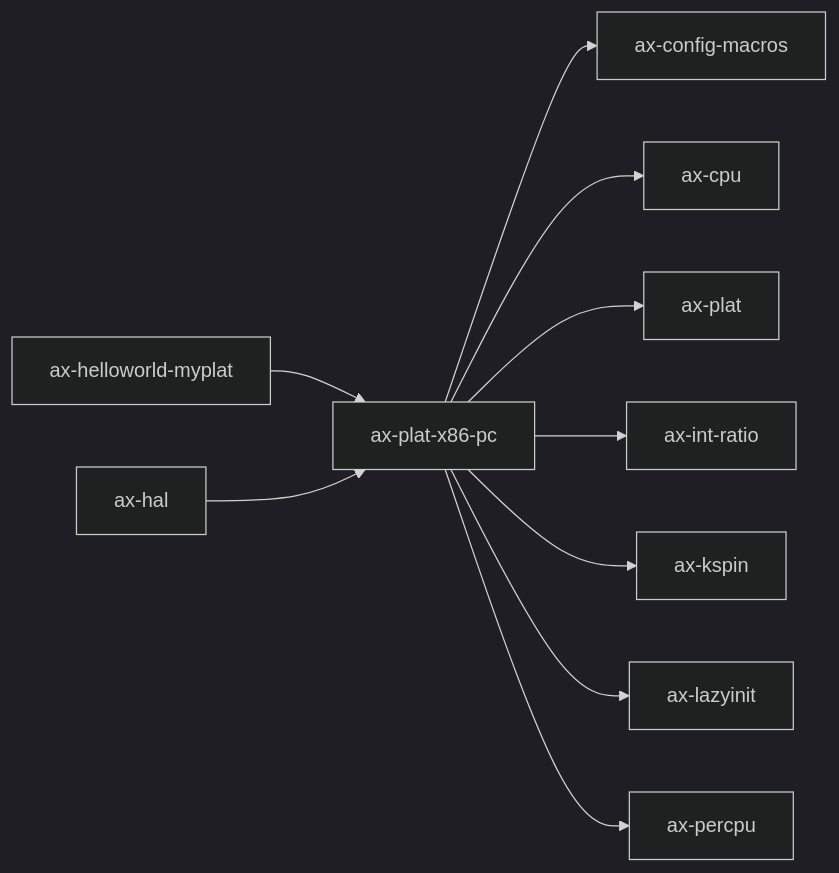
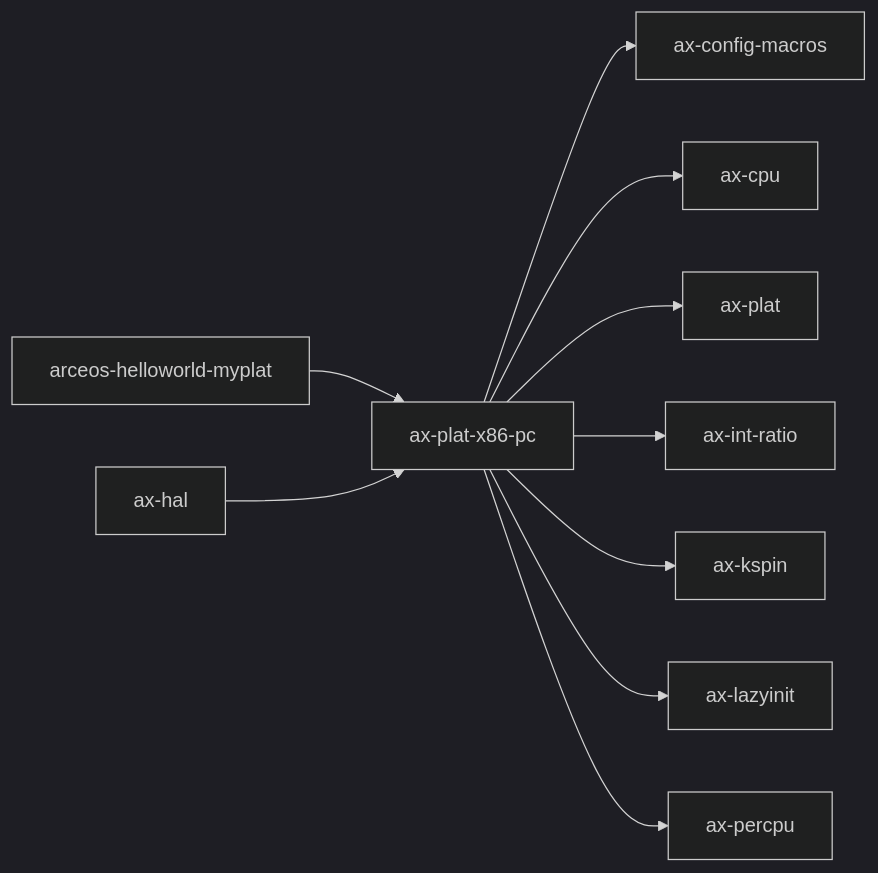
Before and after one commit to rcore-os/tgoskits: the third of 3 diagrams in docs/docs/components/crates/ax-plat-x86-pc.md, drawn with Mermaid (dark theme). The commit also changed other lines of this file and 184 other files, not shown here.

````diff
--- a/docs/docs/components/crates/ax-plat-x86-pc.md
+++ b/docs/docs/components/crates/ax-plat-x86-pc.md
@@ -234,13 +234,13 @@
 ```mermaid
 graph LR
     current["ax-plat-x86-pc"]
     current --> axconfig_macros["ax-config-macros"]
     current --> ax-cpu["ax-cpu"]
     current --> axplat["ax-plat"]
     current --> ax_int_ratio["ax-int-ratio"]
     current --> ax_kspin["ax-kspin"]
     current --> ax_lazyinit["ax-lazyinit"]
     current --> ax-percpu["ax-percpu"]
-    arceos_helloworld_myplat["ax-helloworld-myplat"] --> current
+    arceos_helloworld_myplat["arceos-helloworld-myplat"] --> current
     ax-hal["ax-hal"] --> current
 ```
````
